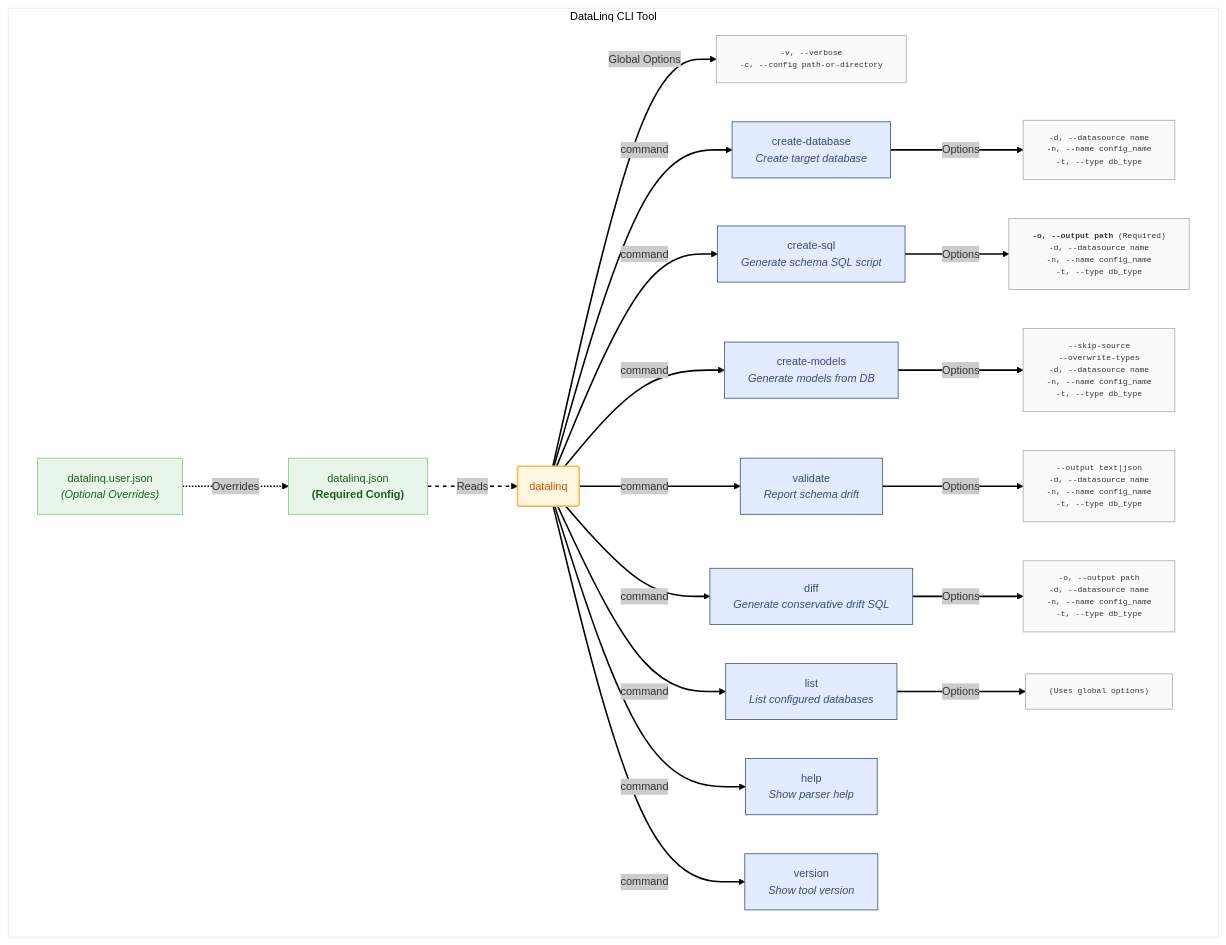
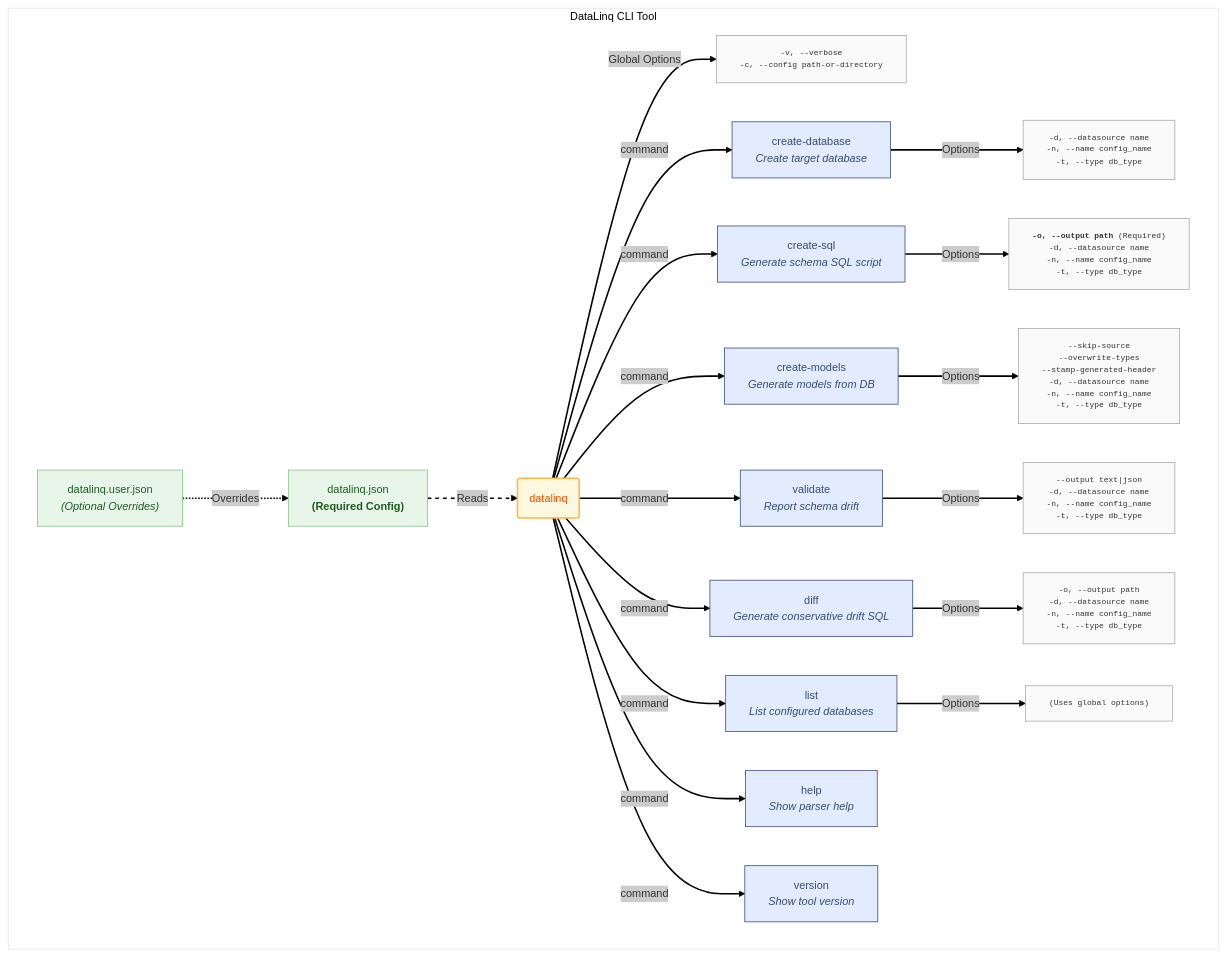
Before and after one commit to bazer/DataLinq: the diagram in docs/CLI Documentation.md, drawn with Mermaid. The commit also changed other lines of this file and 6 other files, not shown here.

````diff
--- a/docs/CLI Documentation.md
+++ b/docs/CLI Documentation.md
@@ -7,60 +7,60 @@
 ```mermaid
 ---
 config:
   theme: neo
   look: classic
 ---
 graph TD
     subgraph "DataLinq CLI Tool"
 
             ConfigFile["datalinq.json<br/><b>(Required Config)</b>"]:::FileStyle
             UserConfigFile["datalinq.user.json<br/><i>(Optional Overrides)</i>"]:::FileStyle
         CLI(datalinq):::ToolStyle -- Global Options --> GlobalOpts["-v, --verbose<br/>-c, --config path-or-directory"]
 
         ConfigFile -- Reads --> CLI
         UserConfigFile -.->|Overrides| ConfigFile
 
         CLI -- command --> CreateDB["create-database<br/><i>Create target database</i>"]
         CLI -- command --> CreateSQL["create-sql<br/><i>Generate schema SQL script</i>"]
         CLI -- command --> CreateModels["create-models<br/><i>Generate models from DB</i>"]
         CLI -- command --> Validate["validate<br/><i>Report schema drift</i>"]
         CLI -- command --> Diff["diff<br/><i>Generate conservative drift SQL</i>"]
         CLI -- command --> ListCmd["list<br/><i>List configured databases</i>"]
         CLI -- command --> HelpCmd["help<br/><i>Show parser help</i>"]
         CLI -- command --> VersionCmd["version<br/><i>Show tool version</i>"]
 
         CreateDB -- Options --> CD_Opts["-d, --datasource name<br/>-n, --name config_name<br/>-t, --type db_type"]
         CreateSQL -- Options --> CS_Opts["<b>-o, --output path</b> (Required)<br/>-d, --datasource name<br/>-n, --name config_name<br/>-t, --type db_type"]
-        CreateModels -- Options --> CM_Opts["--skip-source<br/>--overwrite-types<br/>-d, --datasource name<br/>-n, --name config_name<br/>-t, --type db_type"]
+        CreateModels -- Options --> CM_Opts["--skip-source<br/>--overwrite-types<br/>--stamp-generated-header<br/>-d, --datasource name<br/>-n, --name config_name<br/>-t, --type db_type"]
         Validate -- Options --> Val_Opts["--output text|json<br/>-d, --datasource name<br/>-n, --name config_name<br/>-t, --type db_type"]
         Diff -- Options --> Diff_Opts["-o, --output path<br/>-d, --datasource name<br/>-n, --name config_name<br/>-t, --type db_type"]
         ListCmd -- Options --> List_Opts["(Uses global options)"]
 
         CLI:::ToolStyle
         CreateDB:::CommandStyle
         CreateSQL:::CommandStyle
         CreateModels:::CommandStyle
         Validate:::CommandStyle
         Diff:::CommandStyle
         ListCmd:::CommandStyle
         HelpCmd:::CommandStyle
         VersionCmd:::CommandStyle
         CD_Opts:::OptionsStyle
         CS_Opts:::OptionsStyle
         CM_Opts:::OptionsStyle
         Val_Opts:::OptionsStyle
         Diff_Opts:::OptionsStyle
         List_Opts:::OptionsStyle
         GlobalOpts:::OptionsStyle
         ConfigFile:::FileStyle
         UserConfigFile:::FileStyle
 
     end
 
     classDef ToolStyle stroke-width:2px, stroke:#FFB74D, fill:#FFF8E1, color:#E65100
     classDef CommandStyle stroke-width:1px, stroke:#374D7C, fill:#E2EBFF, color:#374D7C
     classDef OptionsStyle stroke-width:1px, stroke:#AAAAAA, fill:#FAFAFA, color:#333333, font-family:monospace, font-size:0.9em
     classDef FileStyle stroke-width:1px, stroke:#81C784, fill:#E8F5E9, color:#1B5E20
     linkStyle default stroke:#000000
     linkStyle 1 stroke-dasharray: 5 5
 ```
````
